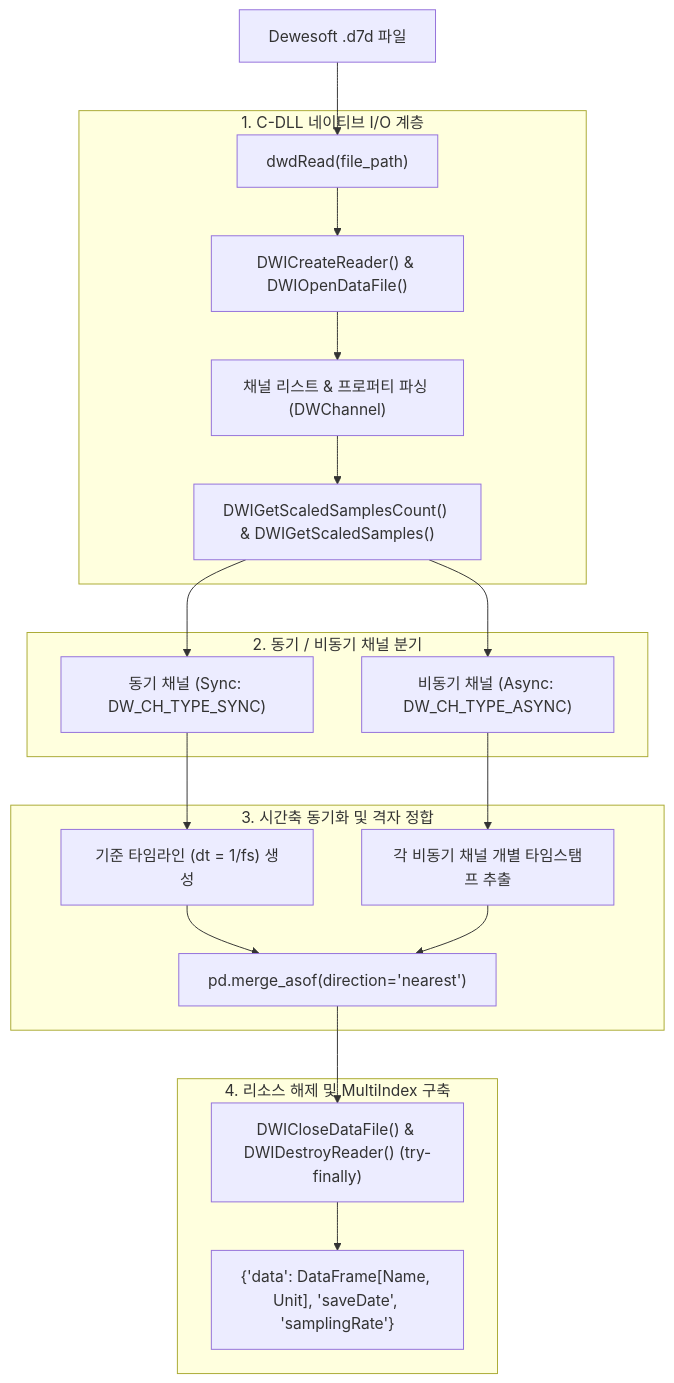
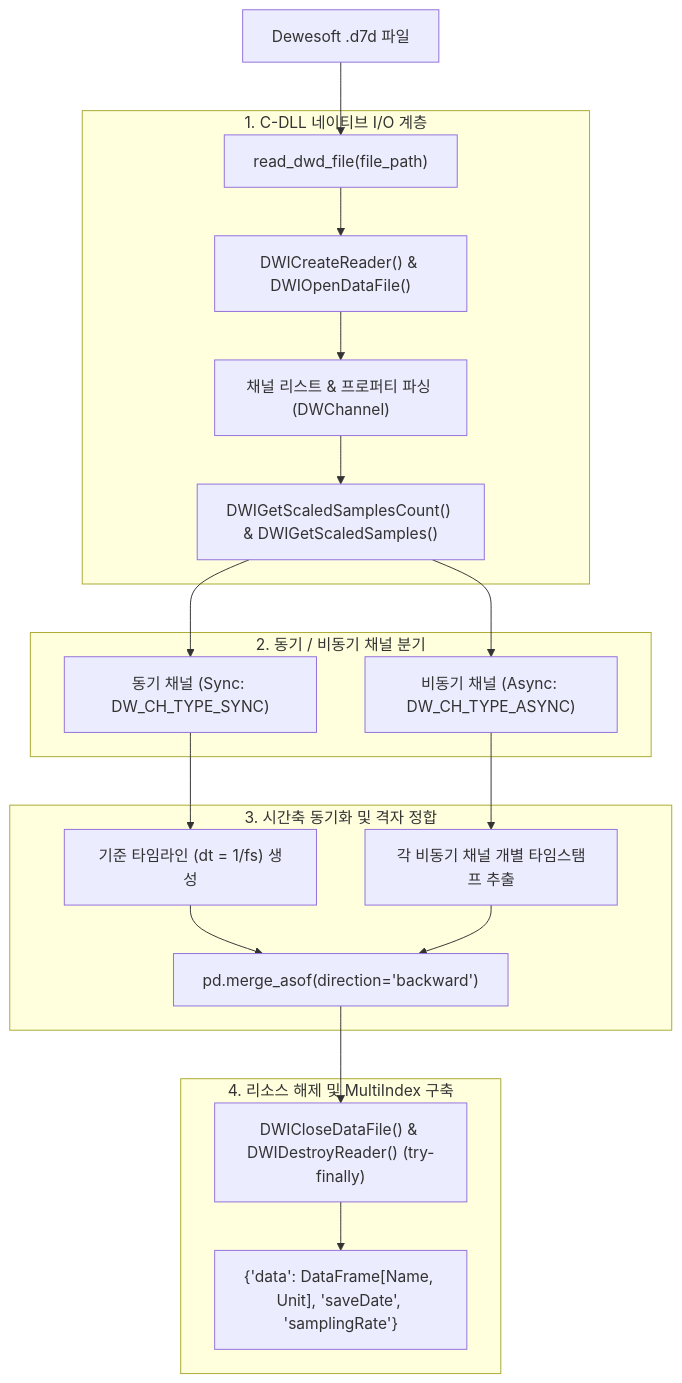
One commit to uunnooo/00_obsidian changed the diagram in 02_Projects/회사_업무/20_unoUtil_모듈개발/file_reader/DWDataReader_v5_0_8/dwdReader.md. Above: the diagram before and after it, drawn with Mermaid. The commit also changed other lines of this file and 25 other files, not shown here.

````diff
--- a/02_Projects/회사_업무/20_unoUtil_모듈개발/file_reader/DWDataReader_v5_0_8/dwdReader.md
+++ b/02_Projects/회사_업무/20_unoUtil_모듈개발/file_reader/DWDataReader_v5_0_8/dwdReader.md
@@ -15,27 +15,27 @@
 ```mermaid
 flowchart TD
-    D7D[Dewesoft .d7d 파일] --> DWD["dwdRead(file_path)"]
+    D7D[Dewesoft .d7d 파일] --> DWD["read_dwd_file(file_path)"]
     
     subgraph CDLL_Engine [1. C-DLL 네이티브 I/O 계층]
         DWD --> INIT["DWICreateReader() & DWIOpenDataFile()"]
         INIT --> META["채널 리스트 & 프로퍼티 파싱 (DWChannel)"]
         META --> SAMPLES["DWIGetScaledSamplesCount() & DWIGetScaledSamples()"]
     end
 
     subgraph Channel_Demux [2. 동기 / 비동기 채널 분기]
         SAMPLES --> SYNC["동기 채널 (Sync: DW_CH_TYPE_SYNC)"]
         SAMPLES --> ASYNC["비동기 채널 (Async: DW_CH_TYPE_ASYNC)"]
     end
 
     subgraph Temporal_Grid [3. 시간축 동기화 및 격자 정합]
         SYNC --> BASE_TIME["기준 타임라인 (dt = 1/fs) 생성"]
         ASYNC --> ASYNC_TIME["각 비동기 채널 개별 타임스탬프 추출"]
-        BASE_TIME --> ALIGN["pd.merge_asof(direction='nearest')"]
+        BASE_TIME --> ALIGN["pd.merge_asof(direction='backward')"]
         ASYNC_TIME --> ALIGN
     end
 
     subgraph Cleanup_Output [4. 리소스 해제 및 MultiIndex 구축]
         ALIGN --> CLEANUP["DWICloseDataFile() & DWIDestroyReader() (try-finally)"]
         CLEANUP --> RES["{'data': DataFrame[Name, Unit], 'saveDate', 'samplingRate'}"]
     end
 ```
````
